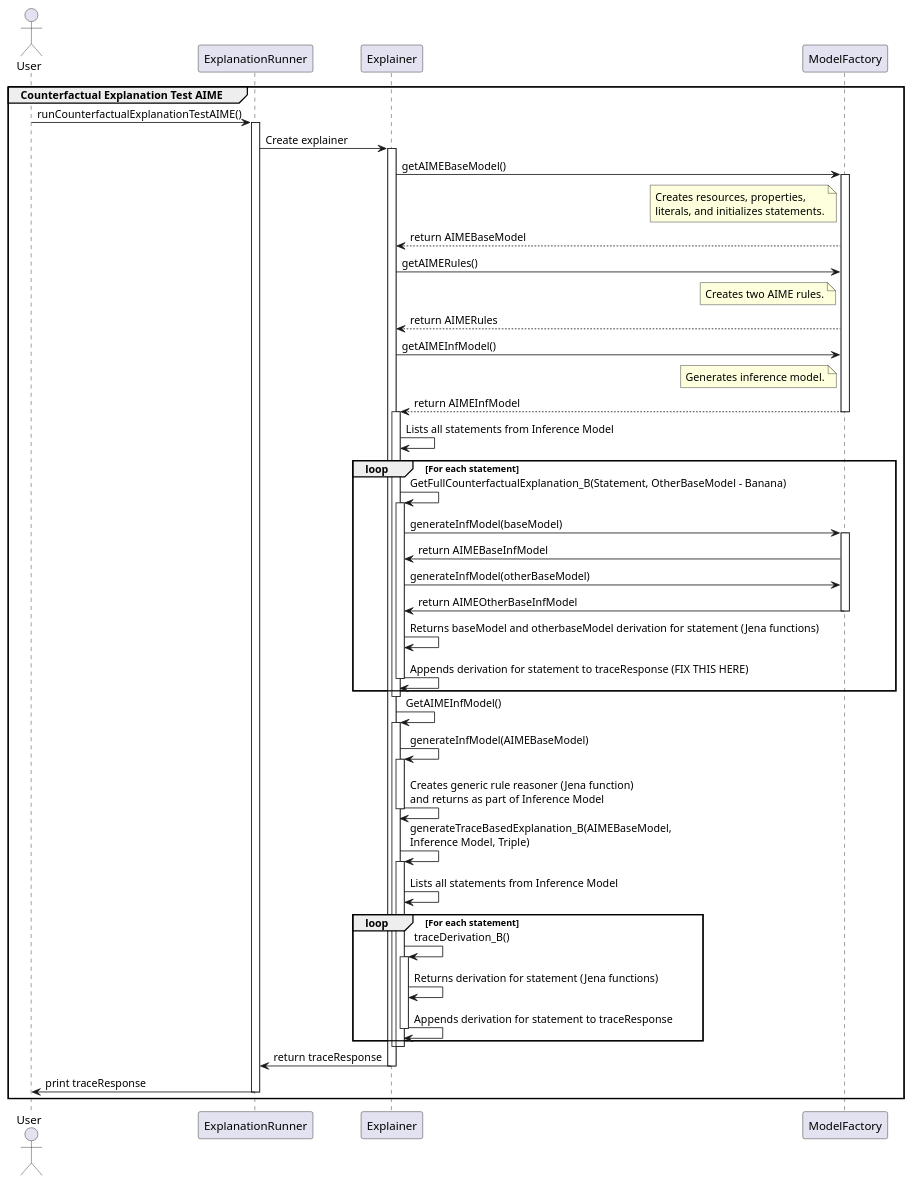
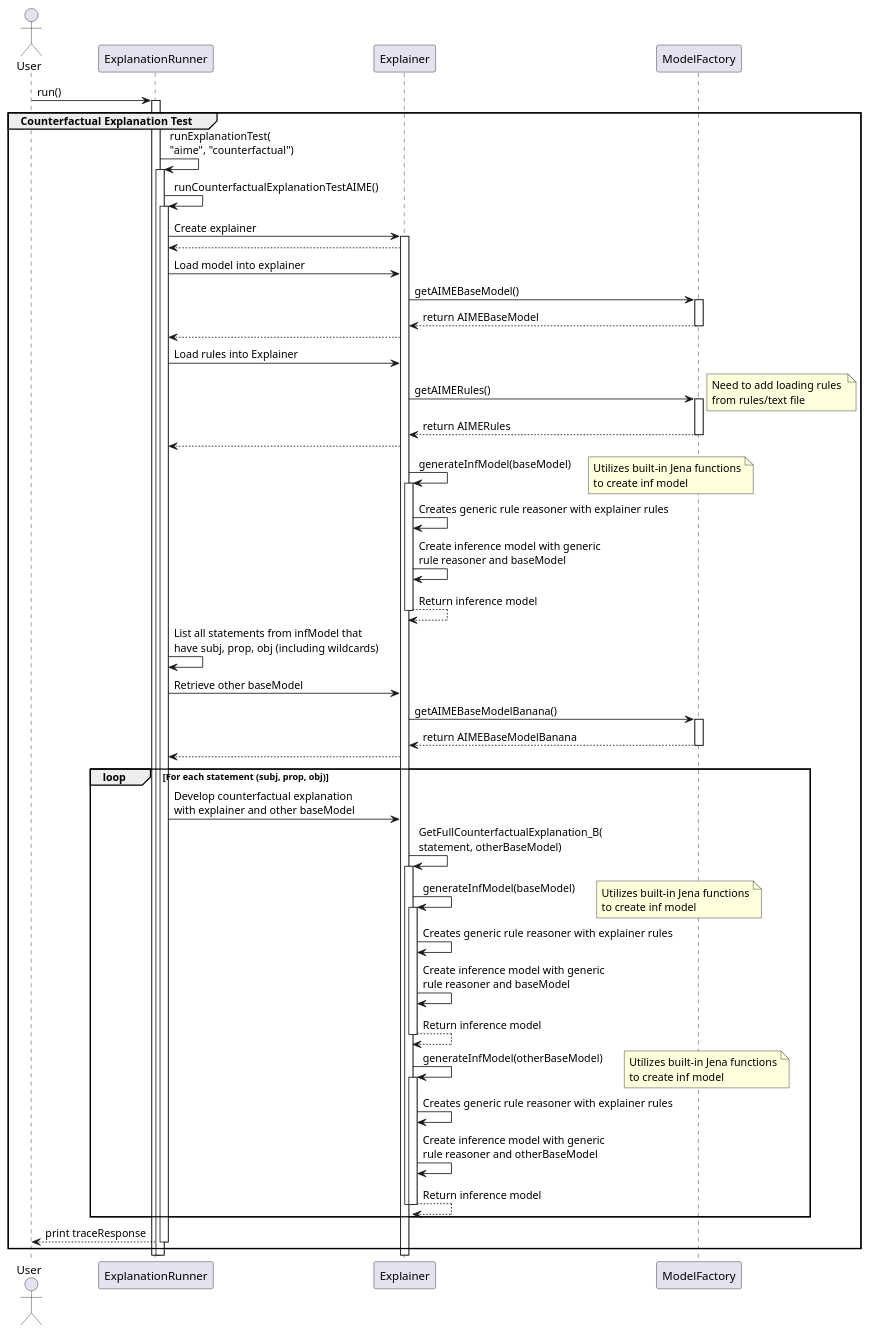
One commit to brains-group/androidReasoningPunya changed the diagram in AndroidRules/app/src/main/java/wvw/mobile/rules/explanation/uml/counterfactual_exp_aime.puml. Above: the diagram before and after it, drawn with PlantUML. The commit also changed 2 other files, not shown here.

Commit message:
Started counterfactual uml diagram

```diff
--- a/AndroidRules/app/src/main/java/wvw/mobile/rules/explanation/uml/counterfactual_exp_aime.puml
+++ b/AndroidRules/app/src/main/java/wvw/mobile/rules/explanation/uml/counterfactual_exp_aime.puml
@@ -1,92 +1,114 @@
-@startuml Counterfactual_Explanation_Test_AIME
-
+@startuml
 actor User
 participant "ExplanationRunner" as ER
 participant "Explainer" as E
 participant "ModelFactory" as MF
 
-group Counterfactual Explanation Test AIME
-    User -> ER: runCounterfactualExplanationTestAIME()
+User -> ER: run()
+
+group Counterfactual Explanation Test
+    
+    activate ER
+
+    ER -> ER: runExplanationTest(\n"aime", "counterfactual")
+
+    activate ER
+
+    ER -> ER: runCounterfactualExplanationTestAIME()
+
     activate ER
 
     ER -> E: Create explainer
     activate E
+    E --> ER
 
+    ER -> E: Load model into explainer
+    
     E -> MF: getAIMEBaseModel()
     activate MF
-    note left of MF
-    Creates resources, properties,
-    literals, and initializes statements.
-    end note
     E <-- MF: return AIMEBaseModel
+    deactivate MF
+    
+    E --> ER
+    ER -> E: Load rules into Explainer
+    
     E -> MF: getAIMERules()
-    note left of MF
-    Creates two AIME rules.
+    activate MF
+    note right
+      Need to add loading rules 
+      from rules/text file
     end note
     E <-- MF: return AIMERules
-    E -> MF: getAIMEInfModel()
-    note left of MF
-    Generates inference model.
+    deactivate MF
+    
+    E --> ER
+    
+    E -> E: generateInfModel(baseModel)
+    note right
+      Utilizes built-in Jena functions
+      to create inf model
     end note
-    E <-- MF: return AIMEInfModel
+    activate E
+    
+    E -> E: Creates generic rule reasoner with explainer rules
+
+    E -> E: Create inference model with generic \nrule reasoner and baseModel
+    
+    E --> E: Return inference model
+    deactivate E
+        
+    ER -> ER: List all statements from infModel that \nhave subj, prop, obj (including wildcards)
+    
+    ER -> E: Retrieve other baseModel
+    
+    E -> MF: getAIMEBaseModelBanana()
+    activate MF
+    E <-- MF: return AIMEBaseModelBanana
     deactivate MF
-
-    activate E
-    E -> E: Lists all statements from Inference Model
-
-    loop For each statement
-        E -> E: GetFullCounterfactualExplanation_B(Statement, OtherBaseModel - Banana)
+    
+    E --> ER
+    
+    loop For each statement (subj, prop, obj)
+        ER -> E: Develop counterfactual explanation \nwith explainer and other baseModel
+        E -> E: GetFullCounterfactualExplanation_B(\nstatement, otherBaseModel)
+      activate E
+        E -> E: generateInfModel(baseModel)
+        note right
+          Utilizes built-in Jena functions
+          to create inf model
+        end note
         activate E
-
-        E -> MF: generateInfModel(baseModel)
-        activate MF
-        MF -> E: return AIMEBaseInfModel
-        E -> MF: generateInfModel(otherBaseModel)
-        MF -> E: return AIMEOtherBaseInfModel
-        deactivate MF
-
-
-        E -> E: Returns baseModel and otherbaseModel derivation for statement (Jena functions)
         
-        E -> E: Appends derivation for statement to traceResponse (FIX THIS HERE)
-        deactivate E
-    end loop
-    deactivate E
-
-
+        E -> E: Creates generic rule reasoner with explainer rules
     
-      E -> E: GetAIMEInfModel()
-      activate E
-  
-        E -> E: generateInfModel(AIMEBaseModel)
-        activate E
-    
-        E -> E: Creates generic rule reasoner (Jena function) \nand returns as part of Inference Model
+        E -> E: Create inference model with generic \nrule reasoner and baseModel
+        
+        E --> E: Return inference model
         deactivate E
         
-        E -> E: generateTraceBasedExplanation_B(AIMEBaseModel, \nInference Model, Triple)
+        E -> E: generateInfModel(otherBaseModel)
+        note right
+          Utilizes built-in Jena functions
+          to create inf model
+        end note
         activate E
+        
+        E -> E: Creates generic rule reasoner with explainer rules
+    
+        E -> E: Create inference model with generic \nrule reasoner and otherBaseModel
+        
+        E --> E: Return inference model
+        deactivate E
+        
+        
+        
+        
+      deactivate E
+    end loop
+        
 
-        E -> E: Lists all statements from Inference Model
-  
-        loop For each statement
-            E -> E: traceDerivation_B()
-            activate E
+    ER --> User: print traceResponse
+    deactivate ER
 
-            E -> E: Returns derivation for statement (Jena functions)
-            
-            E -> E: Appends derivation for statement to traceResponse
-            deactivate E
-        end loop
-        deactivate E
-    
-      deactivate E
-
-    E -> ER: return traceResponse
-    deactivate E
-
-    ER -> User: print traceResponse
-    deactivate ER
 end group
-
 @enduml
```
